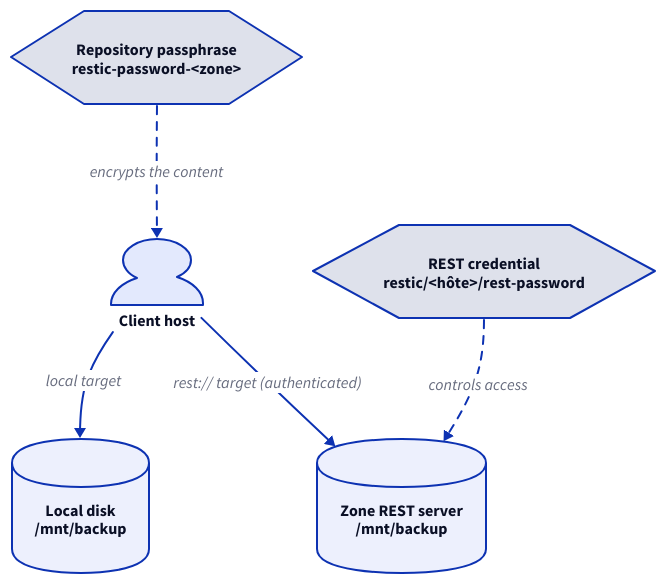
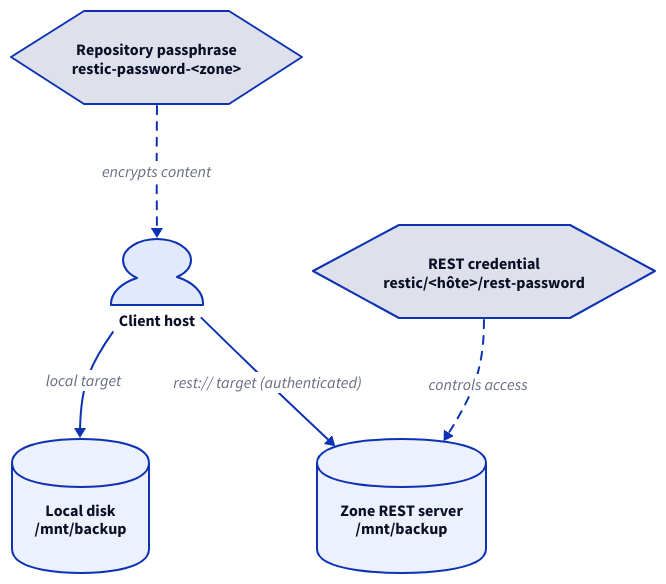
The diagram in src/content/docs/en/doc/how-to/admin/network-backup.mdx (darkone-linux/dnf-doc), drawn with D2 before and after one commit. The commit also changed other lines of this file and 32 other files, not shown here.

````diff
--- a/src/content/docs/en/doc/how-to/admin/network-backup.mdx
+++ b/src/content/docs/en/doc/how-to/admin/network-backup.mdx
@@ -28,32 +28,32 @@
 ```d2
 style.fill: transparent
 direction: down
 
 client: Client host {
   shape: person
 }
 
 passphrase: Repository passphrase\nrestic-password-<zone> {
   shape: hexagon
 }
 cred: REST credential\nrestic/<hôte>/rest-password {
   shape: hexagon
 }
 
 local: Local disk\n/mnt/backup {
   shape: cylinder
 }
 server: Zone REST server\n/mnt/backup {
   shape: cylinder
 }
 
 client -> local: local target
 client -> server: rest:// target (authenticated)
 
-passphrase -> client: encrypts the content {
+passphrase -> client: encrypts content {
   style.stroke-dash: 4
 }
 cred -> server: controls access {
   style.stroke-dash: 4
 }
 ```
````
